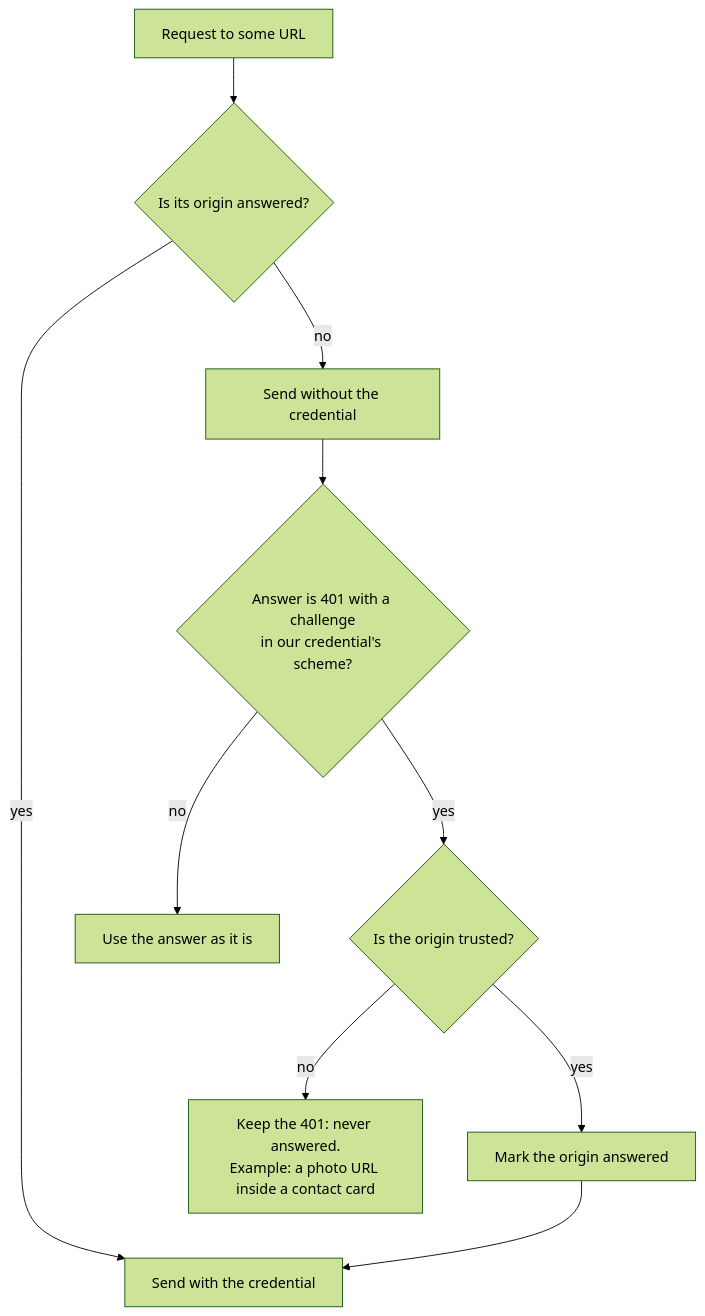
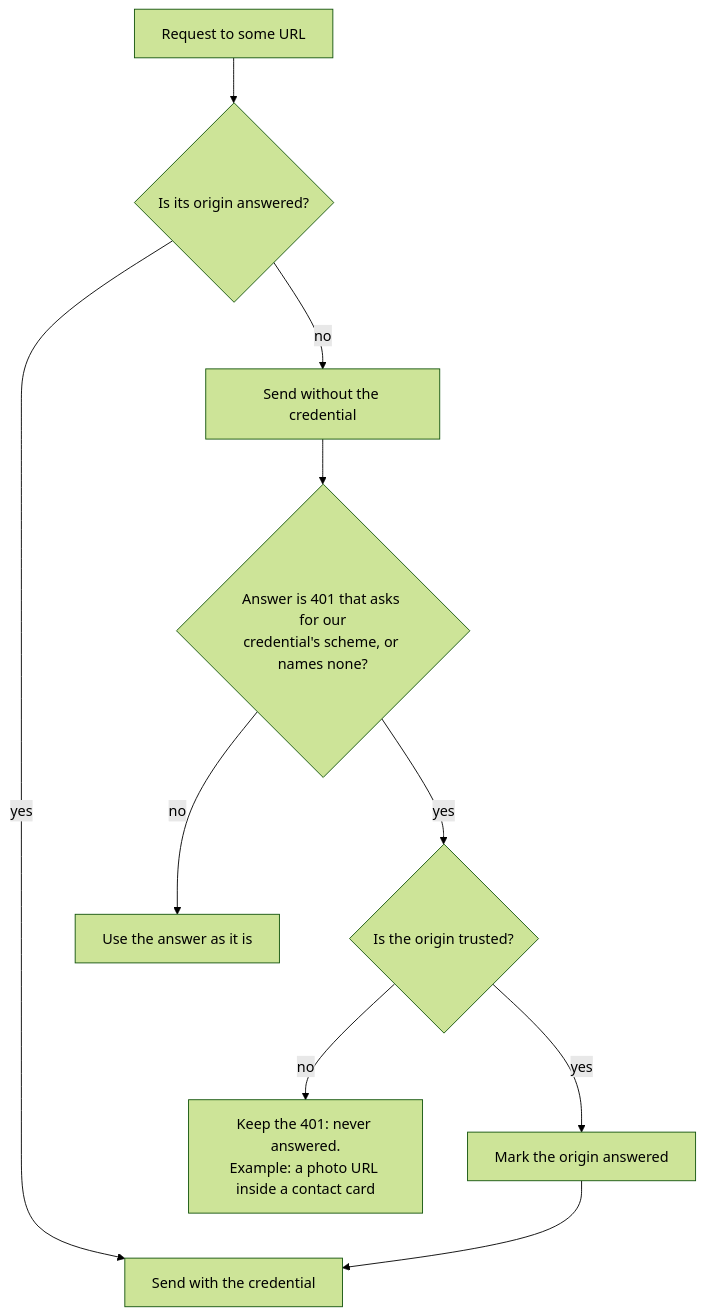
The third of 5 diagrams in crates/provider-caldav/README.md (allodia-eu/email-calendar-sync-engine), drawn with Mermaid (forest theme) before and after one commit. The commit also changed other lines of this file and 18 other files, not shown here.

````diff
--- a/crates/provider-caldav/README.md
+++ b/crates/provider-caldav/README.md
@@ -86,11 +129,11 @@
 ```mermaid
 flowchart TD
     A[Request to some URL] --> B{Is its origin answered?}
     B -- yes --> S[Send with the credential]
     B -- no --> N[Send without the credential]
-    N --> R{Answer is 401 with a challenge<br/>in our credential's scheme?}
+    N --> R{"Answer is 401 that asks for our<br/>credential's scheme, or names none?"}
     R -- no --> D[Use the answer as it is]
     R -- yes --> T{Is the origin trusted?}
     T -- no --> X[Keep the 401: never answered.<br/>Example: a photo URL inside a contact card]
     T -- yes --> M[Mark the origin answered] --> S
 ```
````
